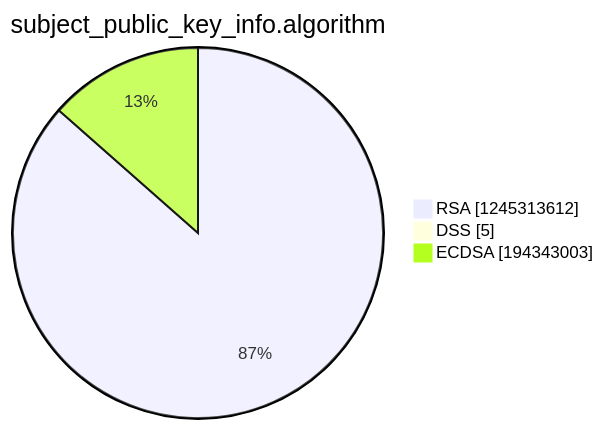
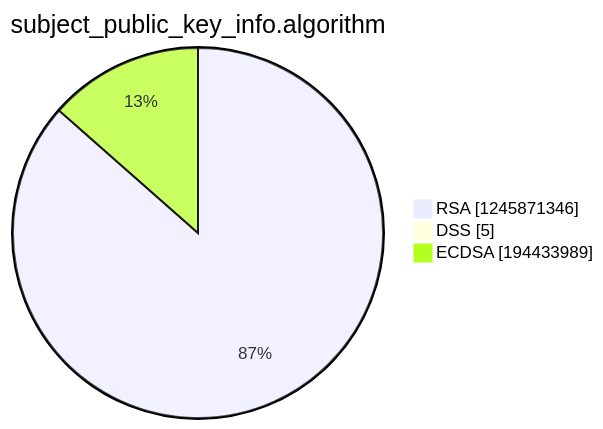
One commit to christiankrug/ctmonitor_visualization changed the third of 15 diagrams in argon2022/README.md. Above: the diagram before and after it, drawn with Mermaid. The commit also changed other lines of this file, not shown here.

````diff
--- a/argon2022/README.md
+++ b/argon2022/README.md
@@ -14,7 +14,7 @@
 ```mermaid
 pie showData
 title subject_public_key_info.algorithm
-"RSA" :1245313612
+"RSA" :1245871346
 "DSS" :5
-"ECDSA" :194343003
+"ECDSA" :194433989
 ```
````
